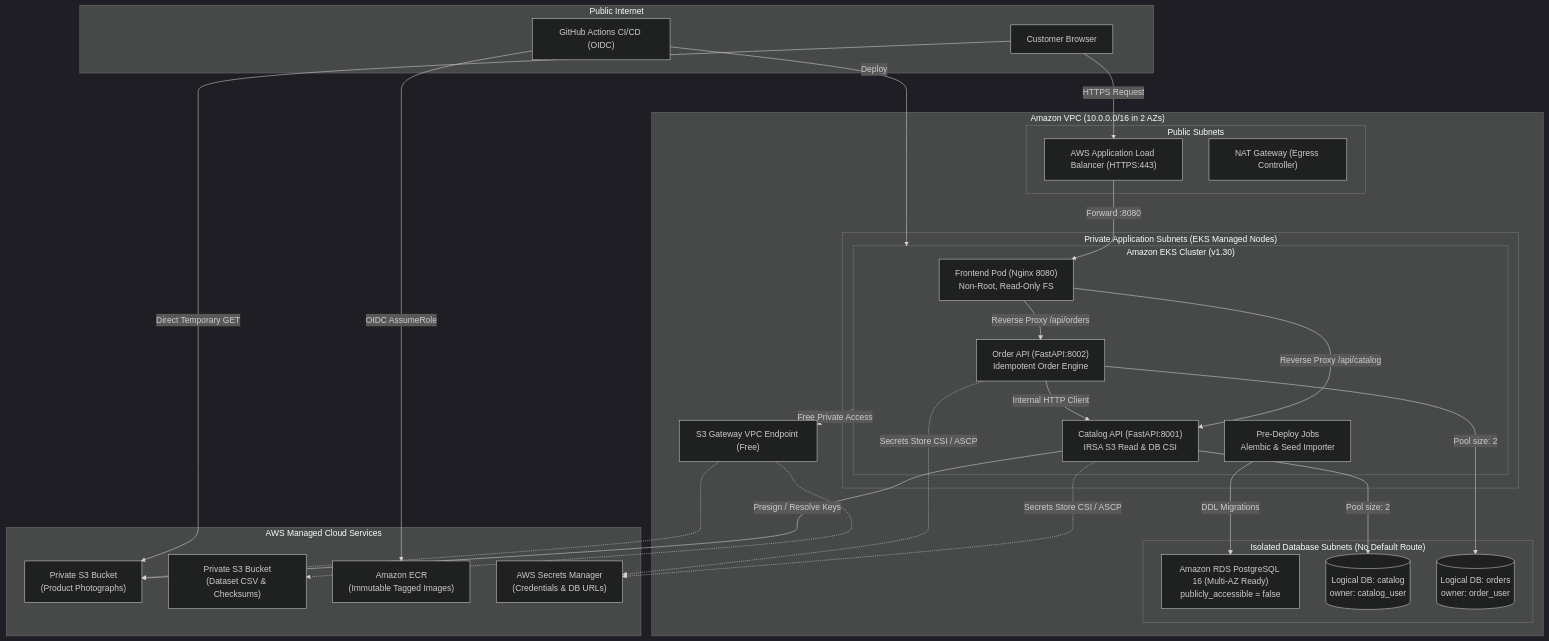
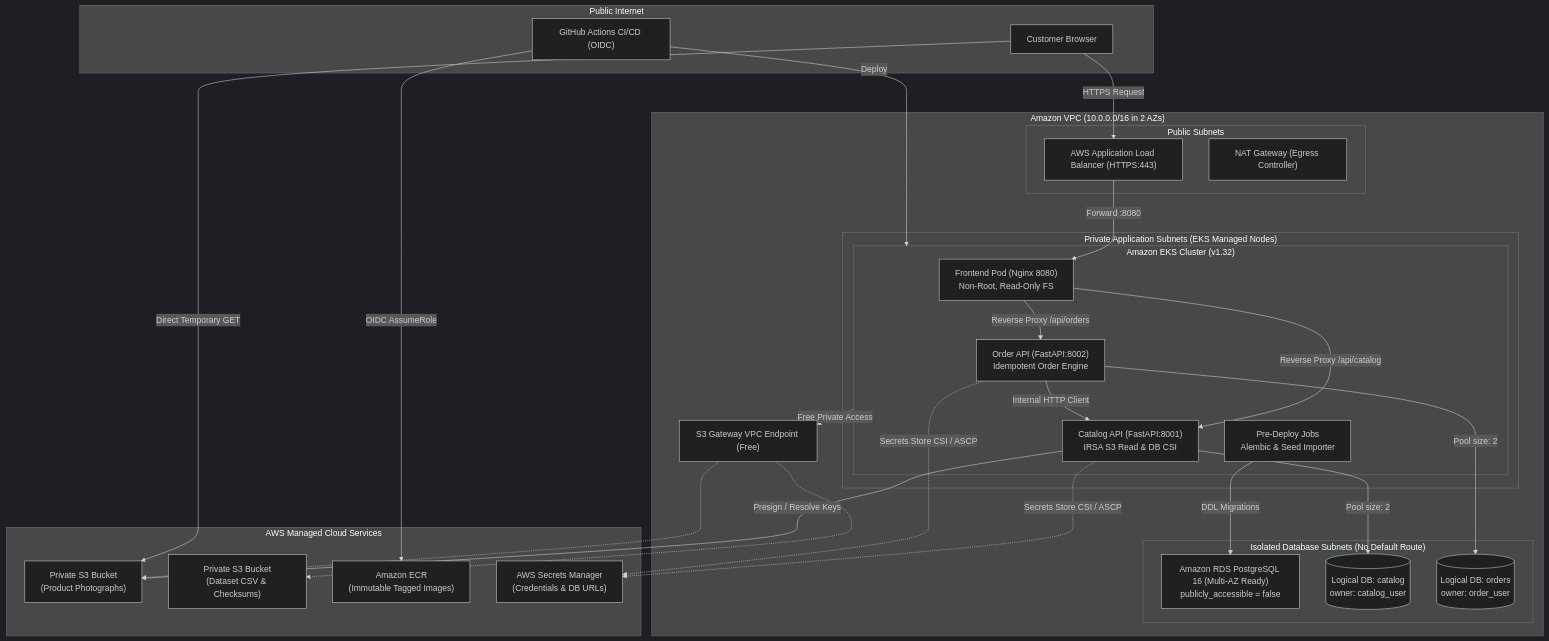
The diagram in docs/architecture.md (krishnaTvc/EKS-Store-Production), drawn with Mermaid (dark theme) before and after one commit. The commit also changed 5 other files, not shown here.

````diff
--- a/docs/architecture.md
+++ b/docs/architecture.md
@@ -17,62 +17,62 @@
 ```mermaid
 flowchart TD
     subgraph Internet ["Public Internet"]
         UserBrowser["Customer Browser"]
         GH["GitHub Actions CI/CD (OIDC)"]
     end
 
     subgraph AWS_VPC ["Amazon VPC (10.0.0.0/16 in 2 AZs)"]
         subgraph PublicSubnets ["Public Subnets"]
             ALB["AWS Application Load Balancer (HTTPS:443)"]
             NAT["NAT Gateway (Egress Controller)"]
         end
 
         subgraph PrivateAppSubnets ["Private Application Subnets (EKS Managed Nodes)"]
-            subgraph EKS_Cluster ["Amazon EKS Cluster (v1.30)"]
+            subgraph EKS_Cluster ["Amazon EKS Cluster (v1.32)"]
                 FrontendPod["Frontend Pod (Nginx 8080)<br/>Non-Root, Read-Only FS"]
                 CatalogPod["Catalog API (FastAPI:8001)<br/>IRSA S3 Read & DB CSI"]
                 OrderPod["Order API (FastAPI:8002)<br/>Idempotent Order Engine"]
                 PreDeployJob["Pre-Deploy Jobs<br/>Alembic & Seed Importer"]
             end
         end
 
         subgraph IsolatedDBSubnets ["Isolated Database Subnets (No Default Route)"]
             RDS["Amazon RDS PostgreSQL 16 (Multi-AZ Ready)<br/>publicly_accessible = false"]
             CatalogDB[("Logical DB: catalog<br/>owner: catalog_user")]
             OrderDB[("Logical DB: orders<br/>owner: order_user")]
         end
 
         VPCE_S3["S3 Gateway VPC Endpoint (Free)"]
     end
 
     subgraph AWS_Managed ["AWS Managed Cloud Services"]
         S3Assets["Private S3 Bucket<br/>(Product Photographs)"]
         S3Artifacts["Private S3 Bucket<br/>(Dataset CSV & Checksums)"]
         ECR["Amazon ECR<br/>(Immutable Tagged Images)"]
         SecretsManager["AWS Secrets Manager<br/>(Credentials & DB URLs)"]
     end
 
     %% Traffic flows
     UserBrowser -->|HTTPS Request| ALB
     ALB -->|Forward :8080| FrontendPod
     FrontendPod -->|Reverse Proxy /api/catalog| CatalogPod
     FrontendPod -->|Reverse Proxy /api/orders| OrderPod
     OrderPod -->|Internal HTTP Client| CatalogPod
 
     CatalogPod -->|Pool size: 2| CatalogDB
     OrderPod -->|Pool size: 2| OrderDB
     PreDeployJob -->|DDL Migrations| RDS
 
     CatalogPod -->|Presign / Resolve Keys| S3Assets
     UserBrowser -->|Direct Temporary GET| S3Assets
 
     EKS_Cluster -.->|Free Private Access| VPCE_S3
     VPCE_S3 -.-> S3Assets
     VPCE_S3 -.-> S3Artifacts
 
     CatalogPod -.->|Secrets Store CSI / ASCP| SecretsManager
     OrderPod -.->|Secrets Store CSI / ASCP| SecretsManager
 
     GH -->|OIDC AssumeRole| ECR
     GH -->|Deploy| EKS_Cluster
 ```
````
